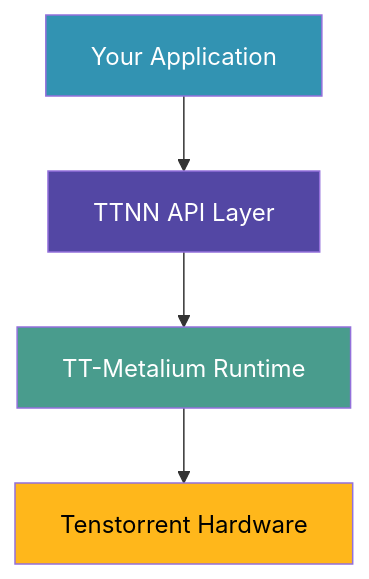
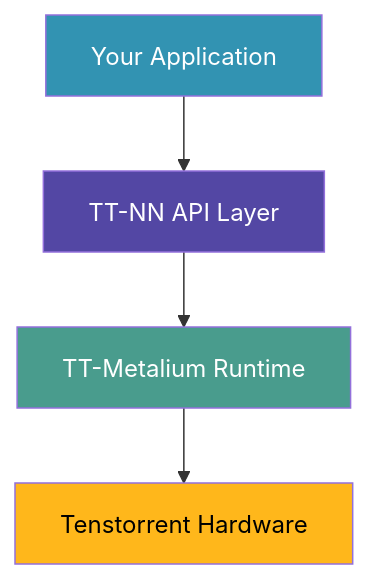
One commit to tenstorrent/tt-vscode-toolkit changed the first of 4 diagrams in docs/MERMAID_EXAMPLES.md. Above: the diagram before and after it, drawn with Mermaid. The commit also changed 41 other files, not shown here.

````diff
--- a/docs/MERMAID_EXAMPLES.md
+++ b/docs/MERMAID_EXAMPLES.md
@@ -22,16 +22,16 @@
 ```mermaid
 graph TB
     App[Your Application]
-    TTNN[TTNN API Layer]
+    TT-NN[TT-NN API Layer]
     TTMetal[TT-Metalium Runtime]
     Hardware[Tenstorrent Hardware]
 
-    App --> TTNN
-    TTNN --> TTMetal
+    App --> TT-NN
+    TT-NN --> TTMetal
     TTMetal --> Hardware
 
     style App fill:#3293b2,color:#fff
-    style TTNN fill:#5347a4,color:#fff
+    style TT-NN fill:#5347a4,color:#fff
     style TTMetal fill:#499c8d,color:#fff
     style Hardware fill:#ffb71b,color:#000
 ```
````
